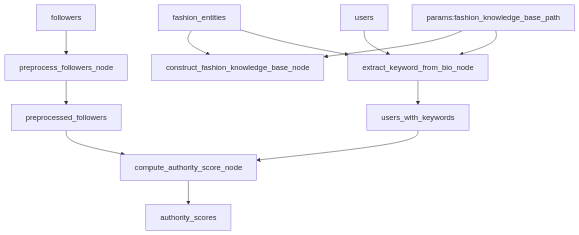
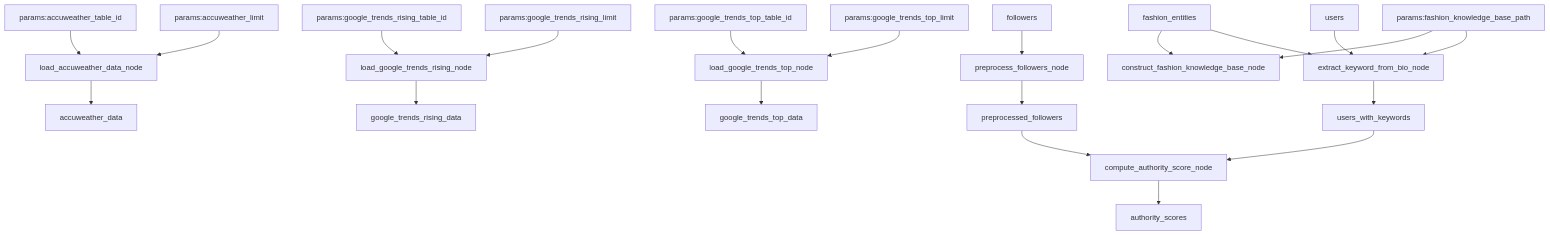
One commit to manboubird/topical-authority-discovery changed the diagram in README.md. Above: the diagram before and after it, drawn with Mermaid. The commit also changed other lines of this file, not shown here.

````diff
--- a/README.md
+++ b/README.md
@@ -217,17 +243,31 @@
 ```mermaid
 graph TD
-    A[followers] --> B[preprocess_followers_node]
-    B --> C[preprocessed_followers]
+    %% Data Loading Nodes
+    A1[params:accuweather_table_id] --> B1[load_accuweather_data_node]
+    A2[params:accuweather_limit] --> B1
+    B1 --> C1[accuweather_data]
     
-    D[fashion_entities] --> E[construct_fashion_knowledge_base_node]
-    F[params:fashion_knowledge_base_path] --> E
+    D1[params:google_trends_rising_table_id] --> E1[load_google_trends_rising_node]
+    D2[params:google_trends_rising_limit] --> E1
+    E1 --> F1[google_trends_rising_data]
     
-    G[users] --> H[extract_keyword_from_bio_node]
-    D --> H
-    F --> H
-    H --> I[users_with_keywords]
+    G1[params:google_trends_top_table_id] --> H1[load_google_trends_top_node]
+    G2[params:google_trends_top_limit] --> H1
+    H1 --> I1[google_trends_top_data]
     
-    C --> J[compute_authority_score_node]
-    I --> J
-    J --> K[authority_scores]
+    %% Preprocessing Nodes
+    J[followers] --> K[preprocess_followers_node]
+    K --> L[preprocessed_followers]
+    
+    M[fashion_entities] --> N[construct_fashion_knowledge_base_node]
+    O[params:fashion_knowledge_base_path] --> N
+    
+    P[users] --> Q[extract_keyword_from_bio_node]
+    M --> Q
+    O --> Q
+    Q --> R[users_with_keywords]
+    
+    L --> S[compute_authority_score_node]
+    R --> S
+    S --> T[authority_scores]
 ```
````
